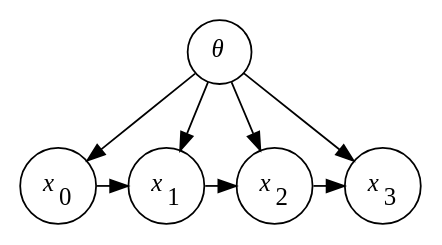
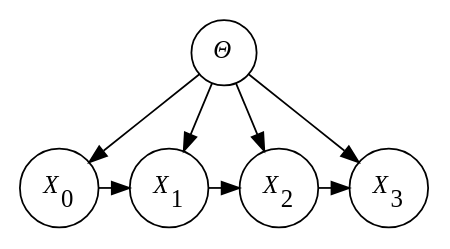
One commit to lawmurray/birch-lang.org changed the diagram in documentation/library/figs/MarkovModel.dot. Above: the diagram before and after it, drawn with Graphviz. The commit also changed 519 other files, not shown here.

```diff
--- a/documentation/library/figs/MarkovModel.dot
+++ b/documentation/library/figs/MarkovModel.dot
@@ -1,18 +1,18 @@
 digraph {
   graph [layout=dot]
   node [shape=circle]
 
-  θ [label=<<i>θ</i>>]
-  x0 [label=<<i>x</i><sub>0</sub>>]
-  x1 [label=<<i>x</i><sub>1</sub>>]
-  x2 [label=<<i>x</i><sub>2</sub>>]
-  x3 [label=<<i>x</i><sub>3</sub>>]
+  Θ [label=<<i>Θ</i>>]
+  X0 [label=<<i>X</i><sub>0</sub>>]
+  X1 [label=<<i>X</i><sub>1</sub>>]
+  X2 [label=<<i>X</i><sub>2</sub>>]
+  X3 [label=<<i>X</i><sub>3</sub>>]
 
-  θ -> x0
-  θ -> x1
-  θ -> x2
-  θ -> x3
-  x0 -> x1 -> x2 -> x3
+  Θ -> X0
+  Θ -> X1
+  Θ -> X2
+  Θ -> X3
+  X0 -> X1 -> X2 -> X3
 
-  {rank=same; x0 x1 x2 x3}
+  {rank=same; X0 X1 X2 X3}
 }
```
